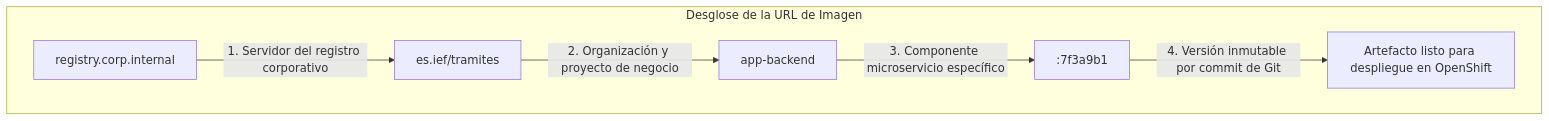
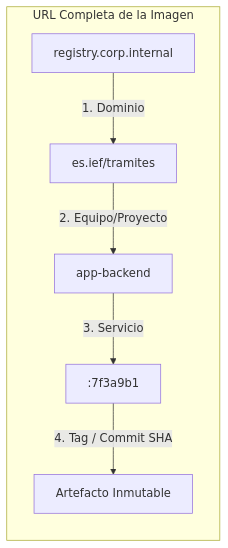
One commit to ieftraining/curso-openshift changed the second of 6 diagrams in docs/sesion4/4.4 Registro, gestión y seguridad de imágenes.md. Above: the diagram before and after it, drawn with Mermaid. The commit also changed other lines of this file, not shown here.

````diff
--- a/docs/sesion4/4.4 Registro, gestión y seguridad de imágenes.md
+++ b/docs/sesion4/4.4 Registro, gestión y seguridad de imágenes.md
@@ -78,9 +52,9 @@
 ```mermaid
-flowchart TD
-    subgraph Desglose de la URL de Imagen
-        A[registry.corp.internal] -->|1. Servidor del registro corporativo| B[es.ief/tramites]
-        B -->|2. Organización y proyecto de negocio| C[app-backend]
-        C -->|3. Componente microservicio específico| D[:7f3a9b1]
-        D -->|4. Versión inmutable por commit de Git| E[Artefacto listo para despliegue en OpenShift]
+flowchart LR
+    subgraph URL Completa de la Imagen
+        A[registry.corp.internal] -->|1. Dominio| B[es.ief/tramites]
+        B -->|2. Equipo/Proyecto| C[app-backend]
+        C -->|3. Servicio| D[:7f3a9b1]
+        D -->|4. Tag / Commit SHA| E[Artefacto Inmutable]
     end
 ```
````
